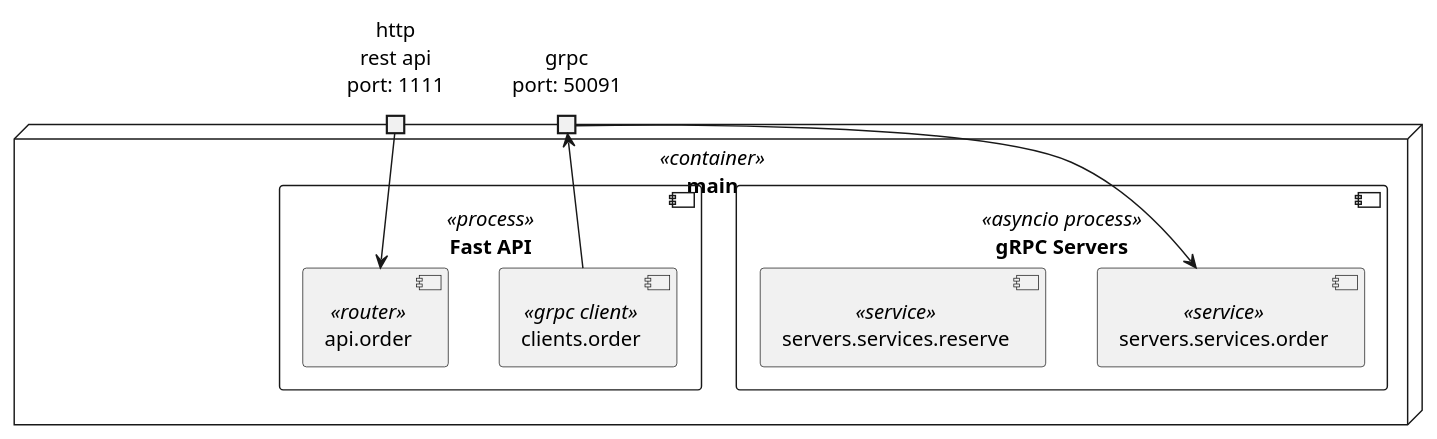
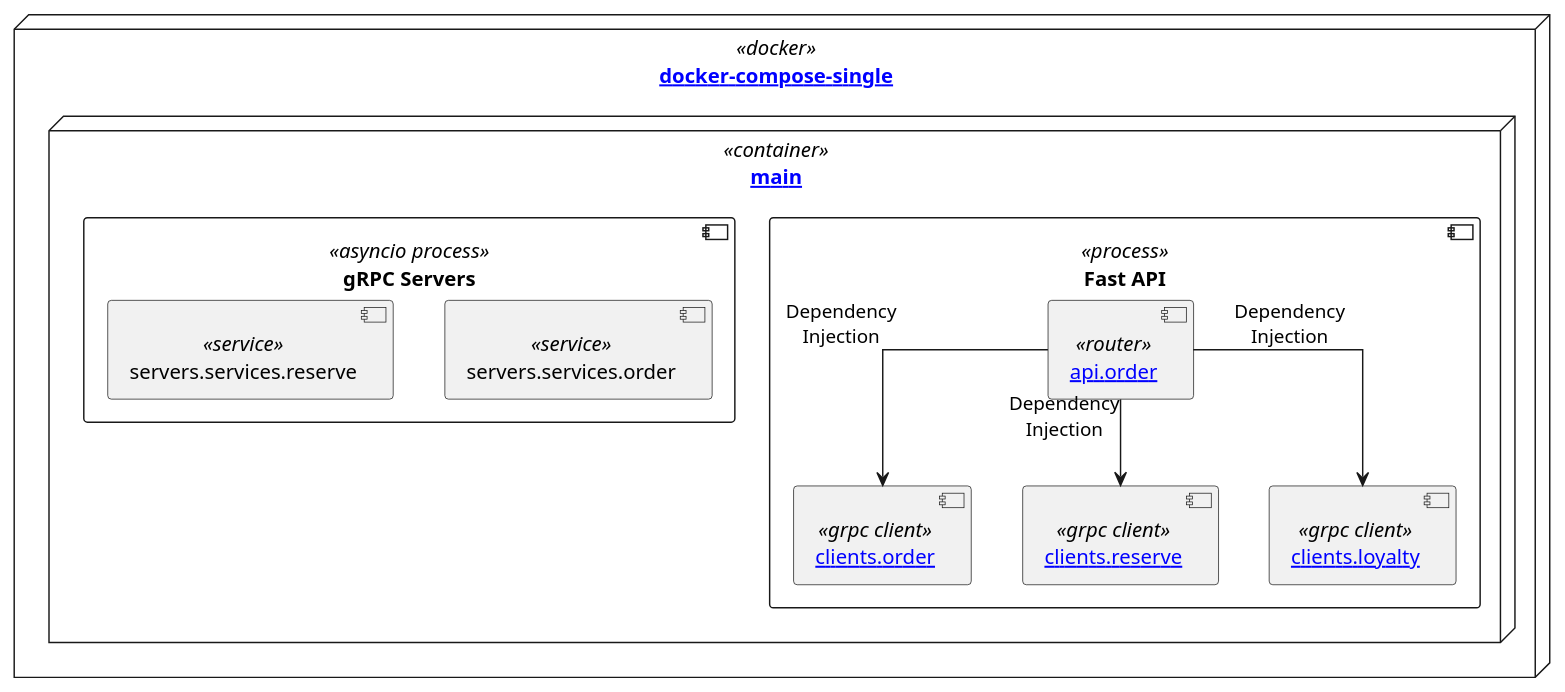
One commit to arootcom/grpc-fastapi changed the diagram in adr/day1/deploy-singl.puml. Above: the diagram before and after it, drawn with PlantUML. The commit also changed 4 other files, not shown here.

Commit message:
~ deploy singl day1

```diff
--- a/adr/day1/deploy-singl.puml
+++ b/adr/day1/deploy-singl.puml
@@ -1,30 +1,47 @@
 @startuml
 
 '!theme plain
-'skinparam {
+skinparam {
 '  shadowing false
 '  nodesep 50
 '  ranksep 100
-'  linetype ortho
-'}
+  linetype ortho
+}
 
-node main <<container>> {
-    portin http as "http\nrest api\nport: 1111"
-    portin grpc as "grpc\nport: 50091"
+node docker as "[[https://github.com/arootcom/grpc-fastapi/blob/day1/docker-compose-singl.yaml docker-compose-single]]" <<docker>> {
+    'portin local_http as "http\nrest api\nport: 8080"
+    'portout local_grpc as "grpc\nport: 8787" 
 
-    component api as "Fast API" <<process>> {
-        component router as "api.order" <<router>>
-        http --> router
+    node main as "[[https://github.com/arootcom/grpc-fastapi/blob/day1/app/main.py main]]" <<container>> {
+        'portin http as "http\nrest api\nport: 1111"
+        'local_http --> http
 
-        component client as "clients.order" <<grpc client>>
-        client --> grpc
+        'portout grpc as "grpc\nport: 50091"
+        'grpc <-- local_grpc 
+
+        component api as "Fast API" <<process>> {
+            component router as "[[https://github.com/arootcom/grpc-fastapi/blob/day1/app/api/order.py api.order]]" <<router>>
+            'http --> router
+
+            component cli_orders as "[[https://github.com/arootcom/grpc-fastapi/blob/day1/app/clients/order.py clients.order]]" <<grpc client>>
+            'cli_orders --> grpc
+            router --> cli_orders : Dependency\nInjection
+
+            component cli_reserve as "[[https://github.com/arootcom/grpc-fastapi/blob/day1/app/clients/reserve.py clients.reserve]]" <<grpc client>>
+            'cli_reserve --> grpc
+            router --> cli_reserve : Dependency\nInjection
+
+            component cli_loyalty as "[[https://github.com/arootcom/grpc-fastapi/blob/day1/app/clients/loyalty.py clients.loyalty]]" <<grpc client>>
+            'cli_loyalty --> grpc
+            router --> cli_loyalty : Dependency\nInjection
+        }
+
+        component server as "gRPC Servers" <<asyncio process>> {
+            component orders as "servers.services.order" <<service>>
+            component reserve as "servers.services.reserve" <<service>>
+        }
+        'grpc --> orders
     }
-
-    component server as "gRPC Servers" <<asyncio process>> {
-        component orders as "servers.services.order" <<service>>
-        component reserve as "servers.services.reserve" <<service>>
-    }
-    grpc --> orders
 }
 
 @enduml
```
